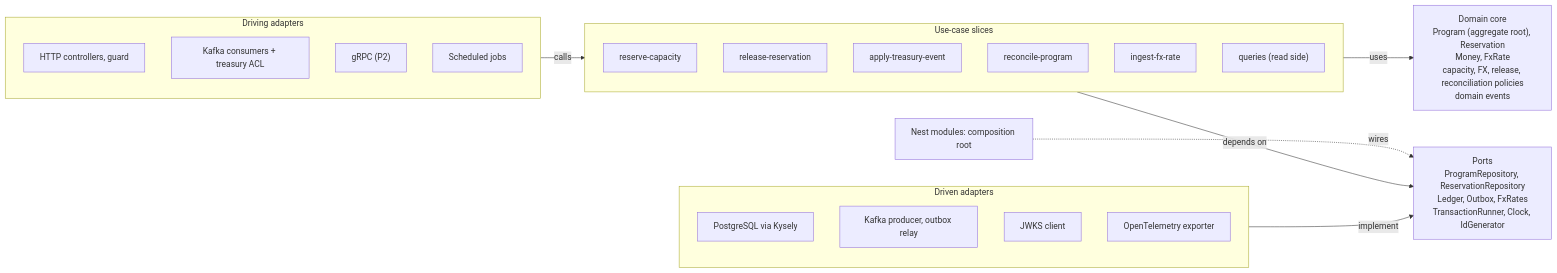
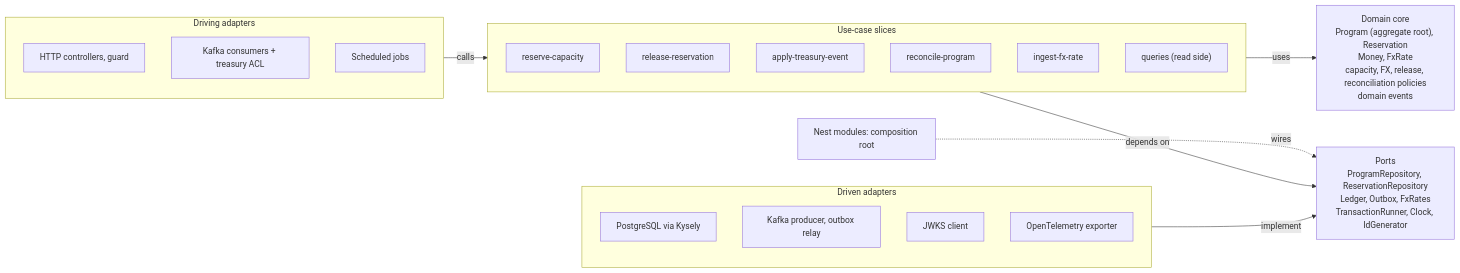
Before and after one commit to atamaniuc/program-capacity-service: the first of 2 diagrams in docs/PRD.md, drawn with Mermaid. The commit also changed other lines of this file and 13 other files, not shown here.

````diff
--- a/docs/PRD.md
+++ b/docs/PRD.md
@@ -179,31 +179,30 @@
 ```mermaid
 flowchart LR
   subgraph driving["Driving adapters"]
     http["HTTP controllers, guard"]
     kc["Kafka consumers + treasury ACL"]
-    grpc["gRPC (P2)"]
     jobs["Scheduled jobs"]
   end
   subgraph slices["Use-case slices"]
     s1["reserve-capacity"]
     s2["release-reservation"]
     s3["apply-treasury-event"]
     s4["reconcile-program"]
     s5["ingest-fx-rate"]
     s6["queries (read side)"]
   end
   domain["Domain core<br/>Program (aggregate root), Reservation<br/>Money, FxRate<br/>capacity, FX, release, reconciliation policies<br/>domain events"]
   ports["Ports<br/>ProgramRepository, ReservationRepository<br/>Ledger, Outbox, FxRates<br/>TransactionRunner, Clock, IdGenerator"]
   subgraph driven["Driven adapters"]
     pg["PostgreSQL via Kysely"]
     kp["Kafka producer, outbox relay"]
     jwks["JWKS client"]
     otel["OpenTelemetry exporter"]
   end
   nest["Nest modules: composition root"]
   driving -- calls --> slices
   slices -- uses --> domain
   slices -- "depends on" --> ports
   driven -- implement --> ports
   nest -. wires .-> ports
 ```
````
